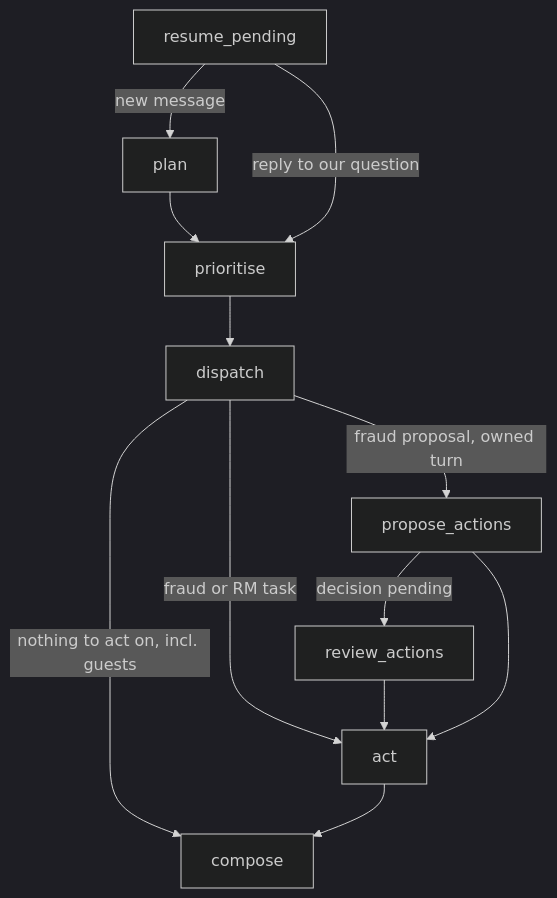
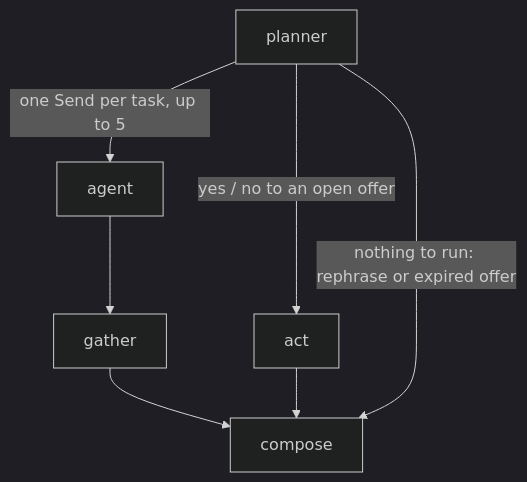
One commit to deniseLie/IS4000_Group7 changed the second of 3 diagrams in docs/how-agents-run.md. Above: the diagram before and after it, drawn with Mermaid (dark theme). The commit also changed other lines of this file and 54 other files, not shown here.

First line of the commit message:
feat(orchestrator): v5 graph on /chat with confirmations as chat turns (phase 5)

````diff
--- a/docs/how-agents-run.md
+++ b/docs/how-agents-run.md
@@ -27,12 +27,6 @@
 ```mermaid
 flowchart TD
-  resume_pending -->|new message| plan --> prioritise
-  resume_pending -->|reply to our question| prioritise
-  prioritise --> dispatch
-  dispatch -->|nothing to act on, incl. guests| compose
-  dispatch -->|fraud or RM task| act
-  dispatch -->|fraud proposal, owned turn| propose_actions
-  propose_actions -->|decision pending| review_actions --> act
-  propose_actions --> act
-  act --> compose
+  planner -->|one Send per task, up to 5| agent --> gather --> compose
+  planner -->|yes / no to an open offer| act --> compose
+  planner -->|nothing to run: rephrase or expired offer| compose
 ```
````
